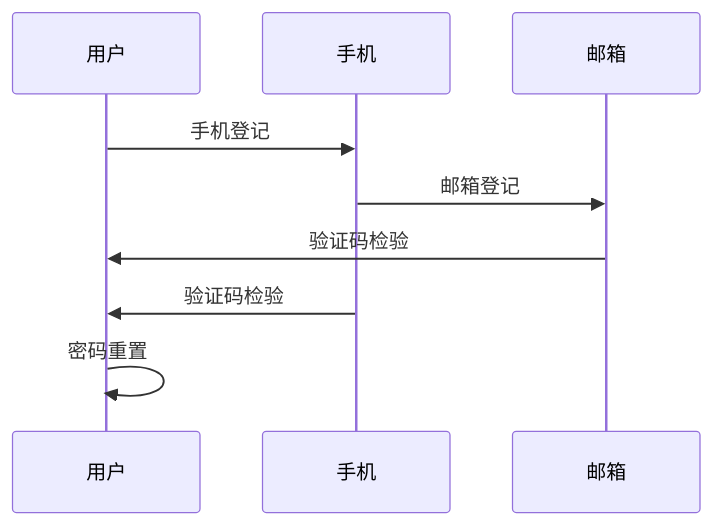
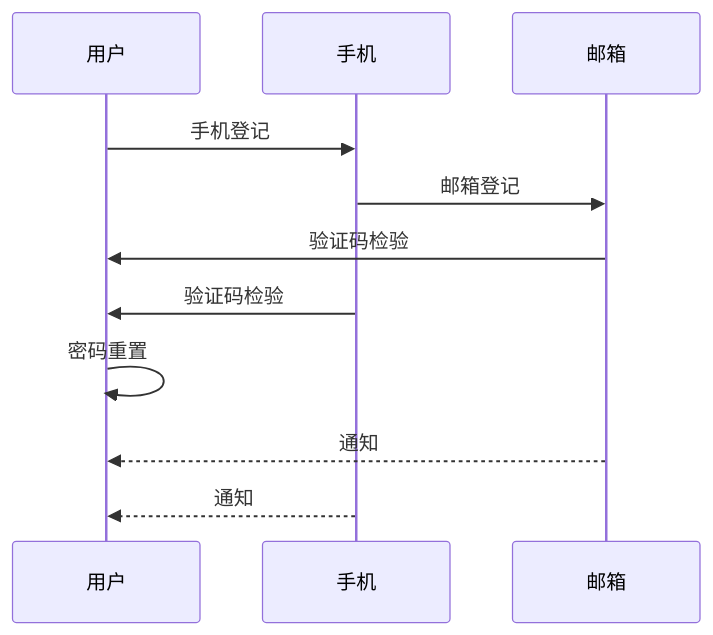
The third of 6 diagrams in Readme.md (neomaclin/designdoc), drawn with Mermaid before and after one commit. The commit also changed other lines of this file, not shown here.

````diff
--- a/Readme.md
+++ b/Readme.md
@@ -50,14 +53,16 @@
 ```mermaid
 
 sequenceDiagram
-    participant U as 用户
-    participant P as 手机
-    participant M as 邮箱
+    participant u as 用户
+    participant p as 手机
+    participant m as 邮箱
 
-    U->>P: 手机登记
-    P->>M: 邮箱登记
-    M->>U: 验证码检验
-    P->>U: 验证码检验
-    U->>U: 密码重置
+    u->>p: 手机登记
+    p->>m: 邮箱登记
+    m->>u: 验证码检验
+    p->>u: 验证码检验
+    u->>u: 密码重置
+    m-->>u: 通知
+    p-->>u: 通知
 
 ```
````
